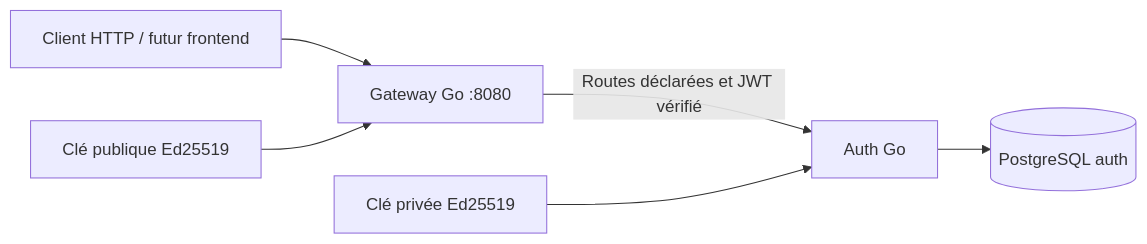
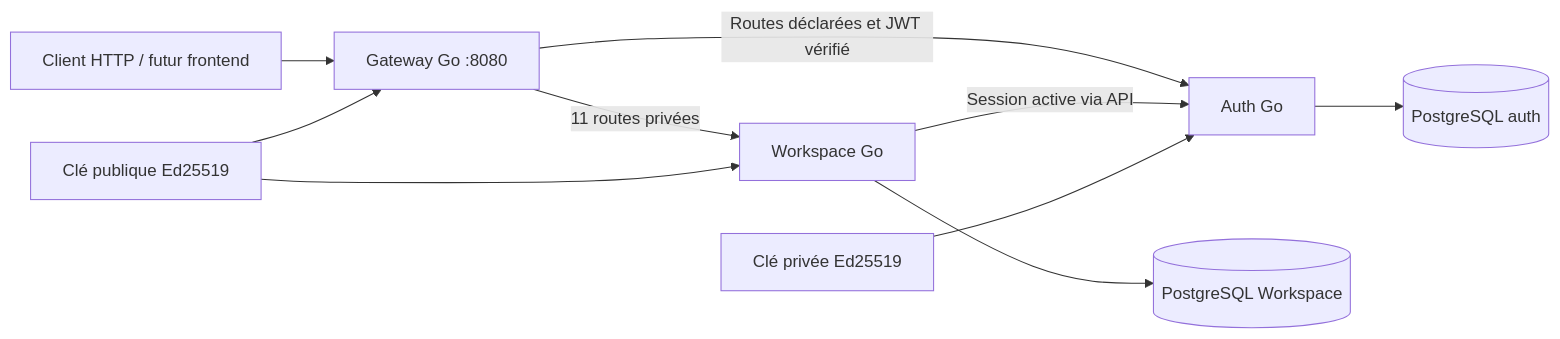
Before and after one commit to QSlate/QSlate-Back: the first of 2 diagrams in docs/architecture.md, drawn with Mermaid. The commit also changed other lines of this file and 3 other files, not shown here.

````diff
--- a/docs/architecture.md
+++ b/docs/architecture.md
@@ -67,8 +67,12 @@
 ```mermaid
 flowchart LR
     Client[Client HTTP / futur frontend] --> Gateway[Gateway Go :8080]
     Gateway -->|Routes déclarées et JWT vérifié| Auth[Auth Go]
     Auth --> DB[(PostgreSQL auth)]
+    Gateway -->|11 routes privées| Workspace[Workspace Go]
+    Workspace --> WDB[(PostgreSQL Workspace)]
+    Workspace -->|Session active via API| Auth
     Private[Clé privée Ed25519] --> Auth
     Public[Clé publique Ed25519] --> Gateway
+    Public --> Workspace
 ```
````
